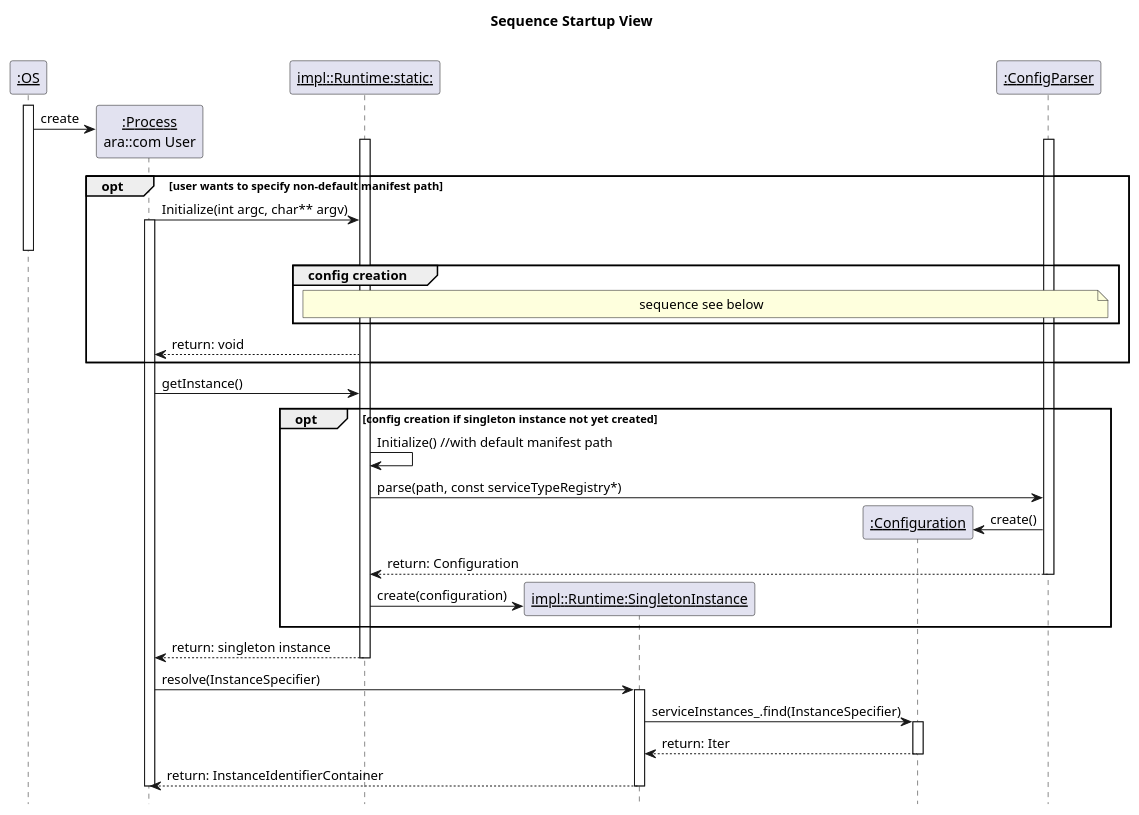
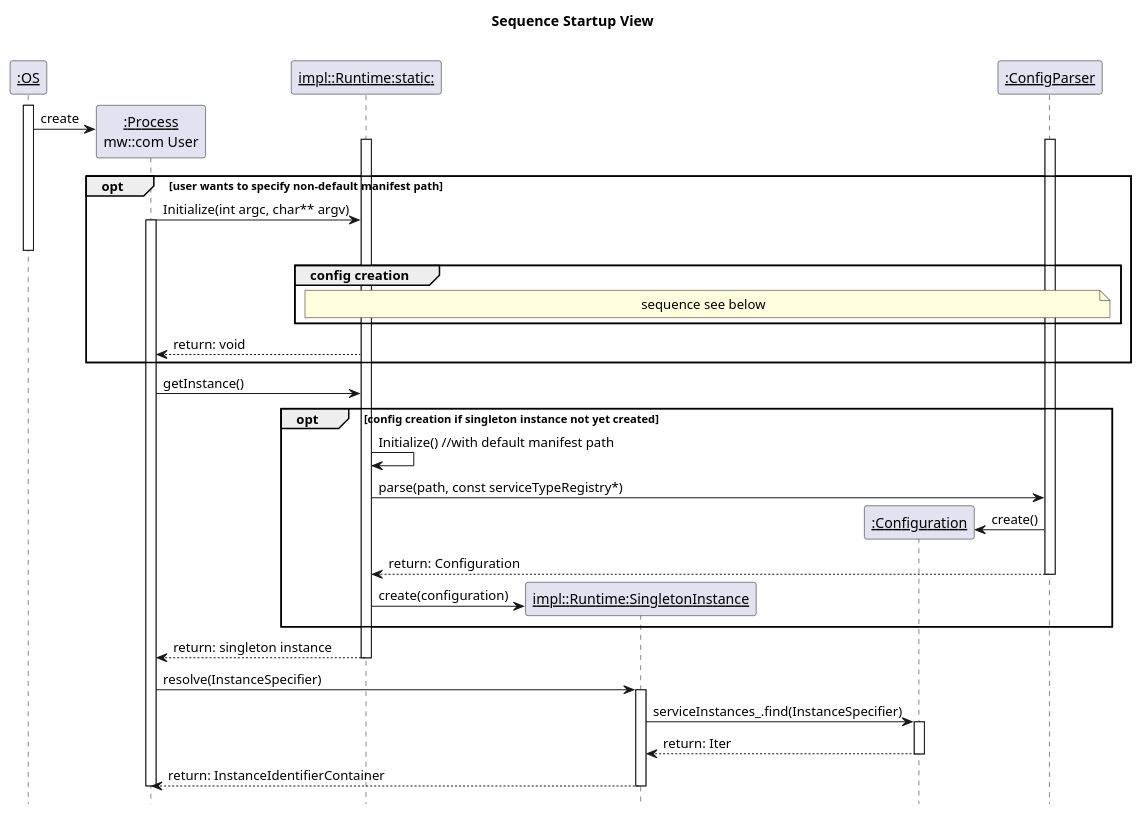
The diagram in score/mw/com/impl/configuration/dependability/sequence_startup_view.puml (eclipse-score/communication), drawn with PlantUML before and after one commit. The commit also changed 26 other files, not shown here.

```diff
--- a/score/mw/com/impl/configuration/dependability/sequence_startup_view.puml
+++ b/score/mw/com/impl/configuration/dependability/sequence_startup_view.puml
@@ -1,60 +1,60 @@
 @startuml sequence_startup_view
 title "Sequence Startup View"
 hide footbox
 
 participant "<u>:OS" as OS
-participant "<u>:Process</u>\nara::com User" as Process
+participant "<u>:Process</u>\nmw::com User" as Process
 participant "<u>impl::Runtime:static:</u>" as Runtime
 participant "<u>impl::Runtime:SingletonInstance</u>" as RuntimeInstance
 participant "<u>:Configuration</u>" as Configuration
 participant "<u>:ConfigParser</u>" as ConfigParser
 
 activate OS
 create Process
 OS -> Process : create
 
 activate Runtime
 activate ConfigParser
 
 opt user wants to specify non-default manifest path
     Process -> Runtime : Initialize(int argc, char** argv)
     activate Process
     deactivate OS
 
     group config creation
         note over Runtime, ConfigParser: sequence see below
     end group
 
     Runtime --> Process : return: void
 end opt
 
 Process -> Runtime : getInstance()
 
 opt config creation if singleton instance not yet created
     Runtime -> Runtime : Initialize() //with default manifest path
     Runtime -> ConfigParser : parse(path, const serviceTypeRegistry*)
     create Configuration
     ConfigParser -> Configuration : create()
 
     ConfigParser --> Runtime : return: Configuration
     deactivate ConfigParser
 
     create RuntimeInstance
     Runtime -> RuntimeInstance : create(configuration)
 end opt
 
 Runtime --> Process : return: singleton instance
 deactivate Runtime
 
 Process -> RuntimeInstance : resolve(InstanceSpecifier)
 activate RuntimeInstance
 RuntimeInstance -> Configuration : serviceInstances_.find(InstanceSpecifier)
 activate Configuration
 Configuration --> RuntimeInstance : return: Iter
 deactivate Configuration
 
 RuntimeInstance --> Process : return: InstanceIdentifierContainer
 deactivate RuntimeInstance
 deactivate Process
 
 @enduml
```
